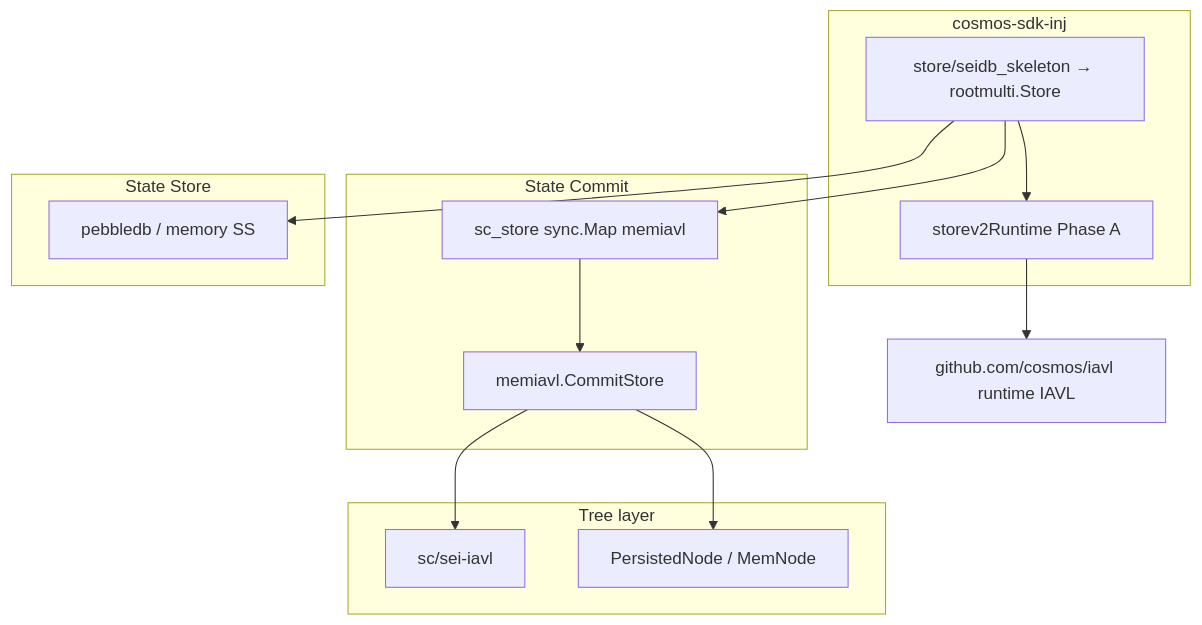
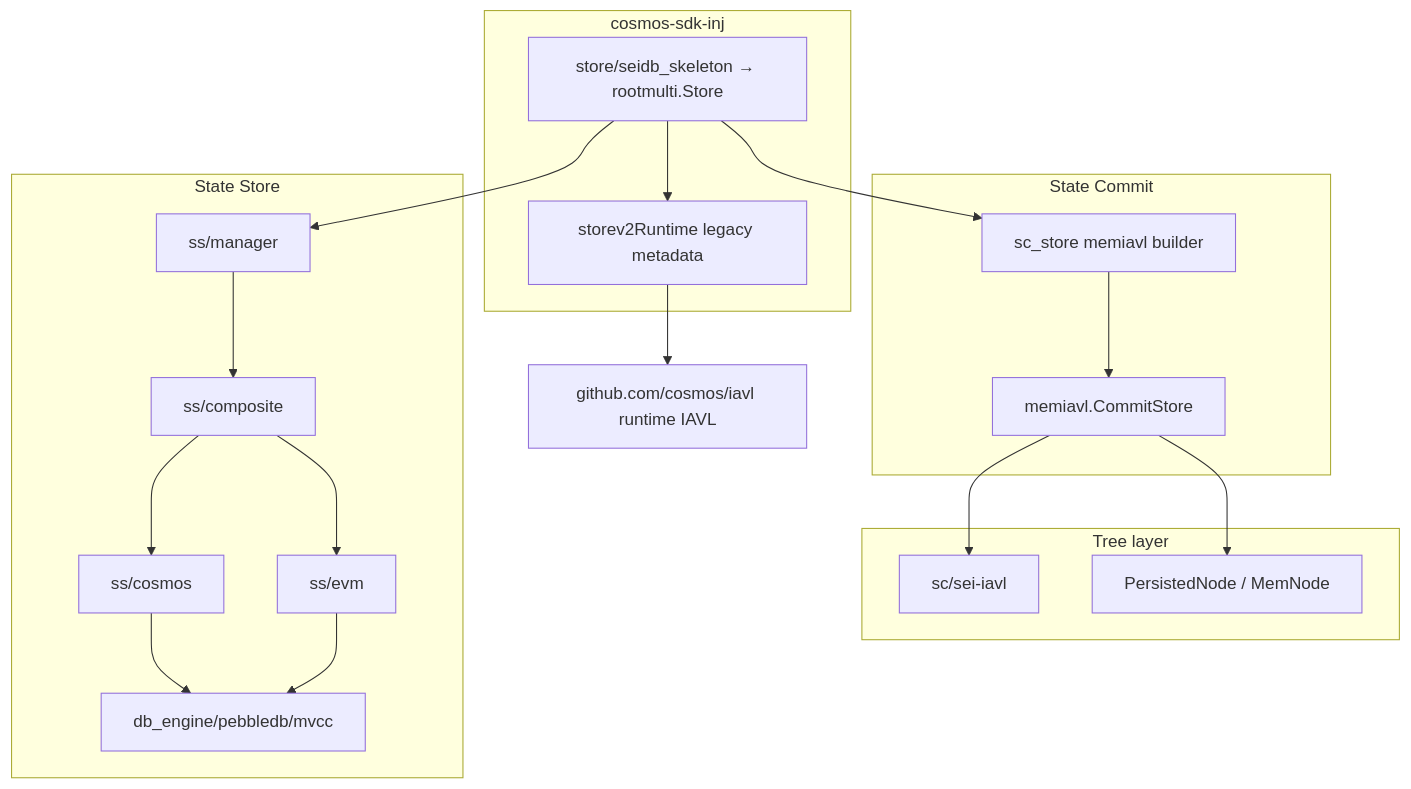
Before and after one commit to biya-coin/cosmos-sdk-inj: the second of 2 diagrams in store/seidb/docs/MEMIAVL_SEI_IAVL_COMPARISON.zh-CN.md, drawn with Mermaid. The commit also changed other lines of this file and 24 other files, not shown here.

````diff
--- a/store/seidb/docs/MEMIAVL_SEI_IAVL_COMPARISON.zh-CN.md
+++ b/store/seidb/docs/MEMIAVL_SEI_IAVL_COMPARISON.zh-CN.md
@@ -92,24 +105,30 @@
 ```mermaid
 flowchart TB
     subgraph app [cosmos-sdk-inj]
         SKEL[store/seidb_skeleton → rootmulti.Store]
-        RT[storev2Runtime Phase A]
+        RT[storev2Runtime legacy metadata]
     end
     subgraph sc [State Commit]
-        REG[sc_store sync.Map memiavl]
+        REG[sc_store memiavl builder]
         MEM[memiavl.CommitStore]
     end
     subgraph tree [Tree layer]
         SEIIAVL[sc/sei-iavl]
         PN[PersistedNode / MemNode]
     end
     subgraph ss [State Store]
-        SS[pebbledb / memory SS]
+        SSMGR[ss/manager]
+        SSCOMP[ss/composite]
+        SSCOS[ss/cosmos]
+        SSEVM[ss/evm]
+        MVCC[db_engine/pebbledb/mvcc]
     end
     SKEL --> REG --> MEM
     MEM --> PN
     MEM --> SEIIAVL
     SKEL --> RT
     RT --> COSMOS[github.com/cosmos/iavl runtime IAVL]
-    SKEL --> SS
+    SKEL --> SSMGR --> SSCOMP
+    SSCOMP --> SSCOS --> MVCC
+    SSCOMP --> SSEVM --> MVCC
 ```
````
